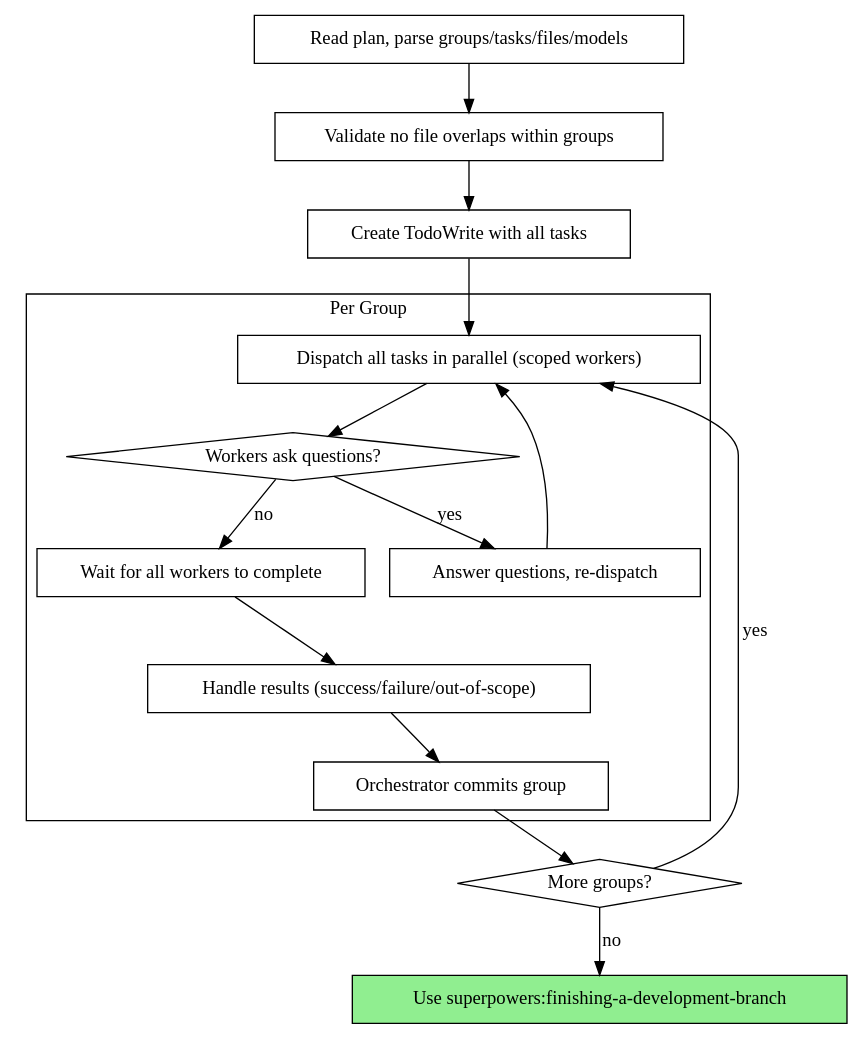
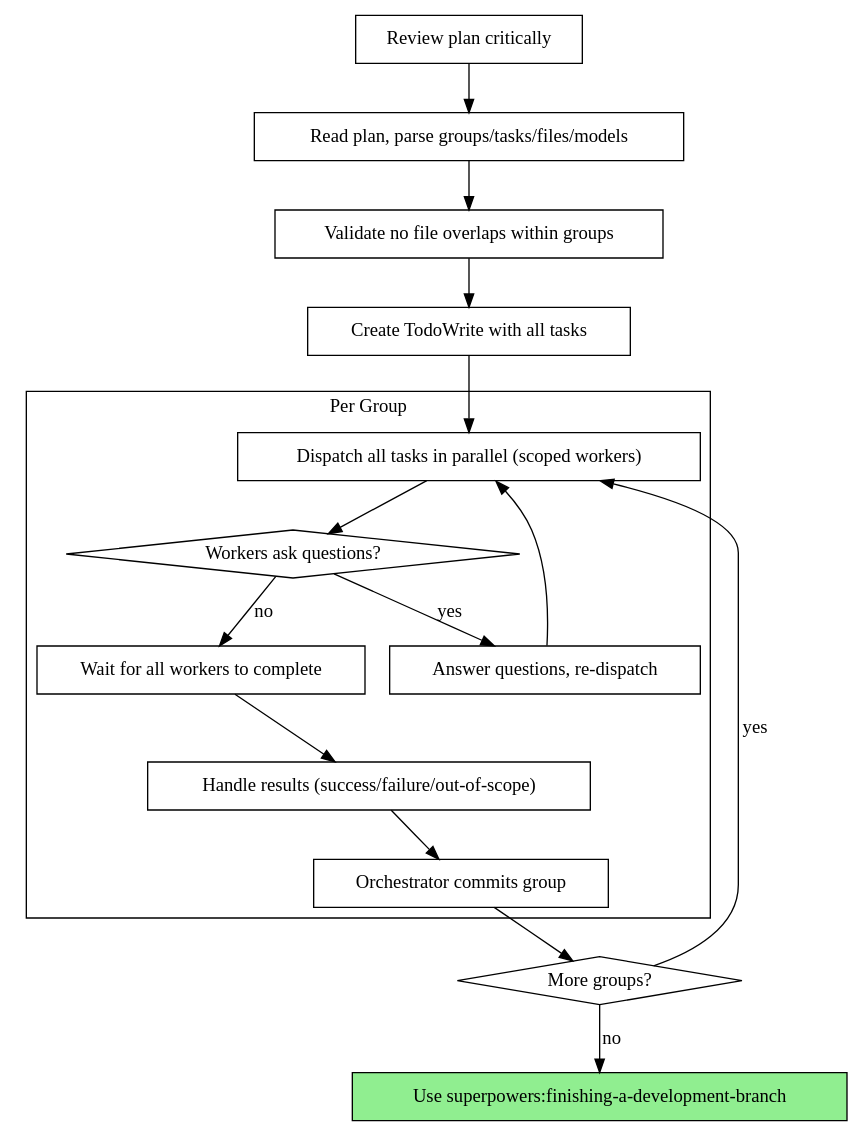
The second of 2 diagrams in skills/subagent-driven-development/SKILL.md (axinvd/superpowers), drawn with Graphviz before and after one commit. The commit also changed other lines of this file and 8 other files, not shown here.

````diff
--- a/skills/subagent-driven-development/SKILL.md
+++ b/skills/subagent-driven-development/SKILL.md
@@ -30,35 +30,37 @@
 ```dot
 digraph process {
     rankdir=TB;
 
+    "Review plan critically" [shape=box];
     "Read plan, parse groups/tasks/files/models" [shape=box];
     "Validate no file overlaps within groups" [shape=box];
     "Create TodoWrite with all tasks" [shape=box];
 
     subgraph cluster_per_group {
         label="Per Group";
         "Dispatch all tasks in parallel (scoped workers)" [shape=box];
         "Workers ask questions?" [shape=diamond];
         "Answer questions, re-dispatch" [shape=box];
         "Wait for all workers to complete" [shape=box];
         "Handle results (success/failure/out-of-scope)" [shape=box];
         "Orchestrator commits group" [shape=box];
     }
 
     "More groups?" [shape=diamond];
     "Use superpowers:finishing-a-development-branch" [shape=box style=filled fillcolor=lightgreen];
 
+    "Review plan critically" -> "Read plan, parse groups/tasks/files/models";
     "Read plan, parse groups/tasks/files/models" -> "Validate no file overlaps within groups";
     "Validate no file overlaps within groups" -> "Create TodoWrite with all tasks";
     "Create TodoWrite with all tasks" -> "Dispatch all tasks in parallel (scoped workers)";
     "Dispatch all tasks in parallel (scoped workers)" -> "Workers ask questions?";
     "Workers ask questions?" -> "Answer questions, re-dispatch" [label="yes"];
     "Answer questions, re-dispatch" -> "Dispatch all tasks in parallel (scoped workers)";
     "Workers ask questions?" -> "Wait for all workers to complete" [label="no"];
     "Wait for all workers to complete" -> "Handle results (success/failure/out-of-scope)";
     "Handle results (success/failure/out-of-scope)" -> "Orchestrator commits group";
     "Orchestrator commits group" -> "More groups?";
     "More groups?" -> "Dispatch all tasks in parallel (scoped workers)" [label="yes"];
     "More groups?" -> "Use superpowers:finishing-a-development-branch" [label="no"];
 }
 ```
````
